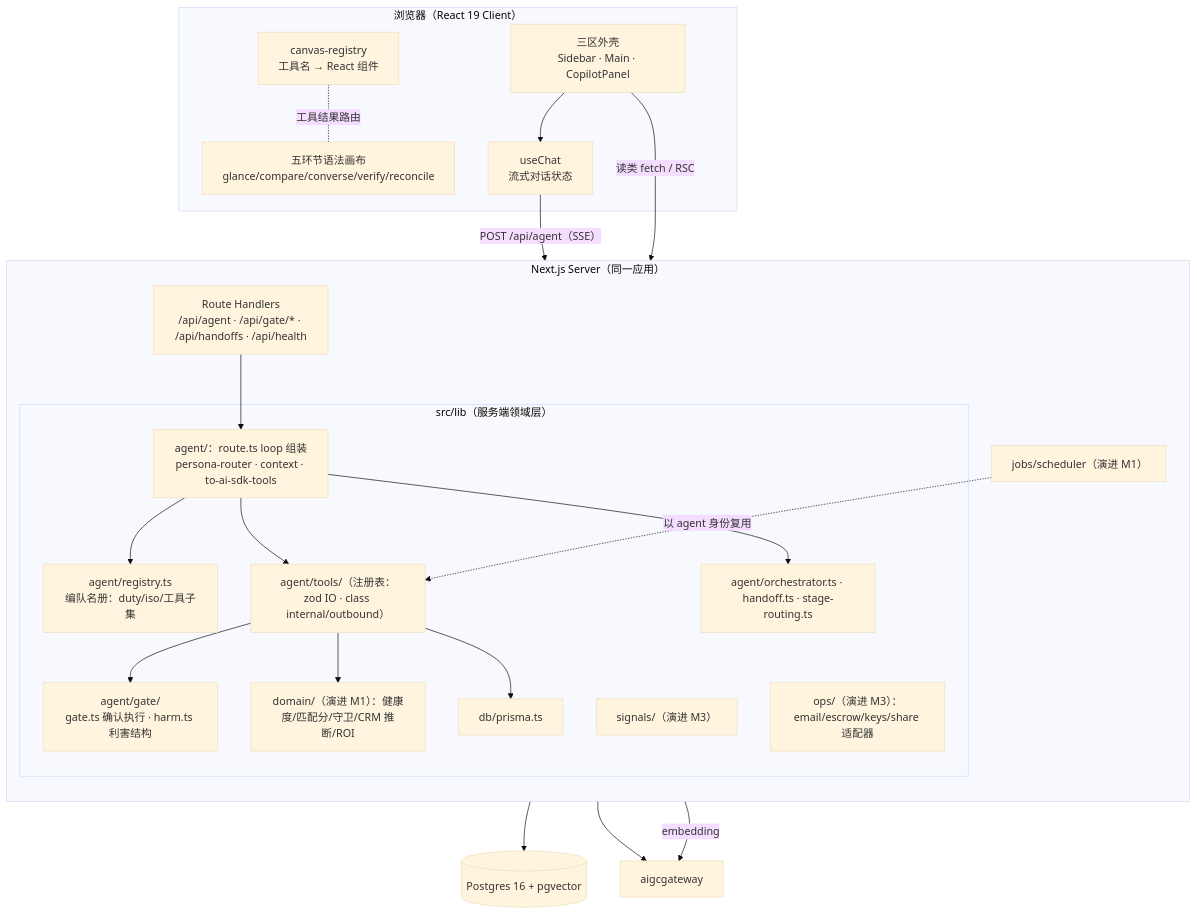
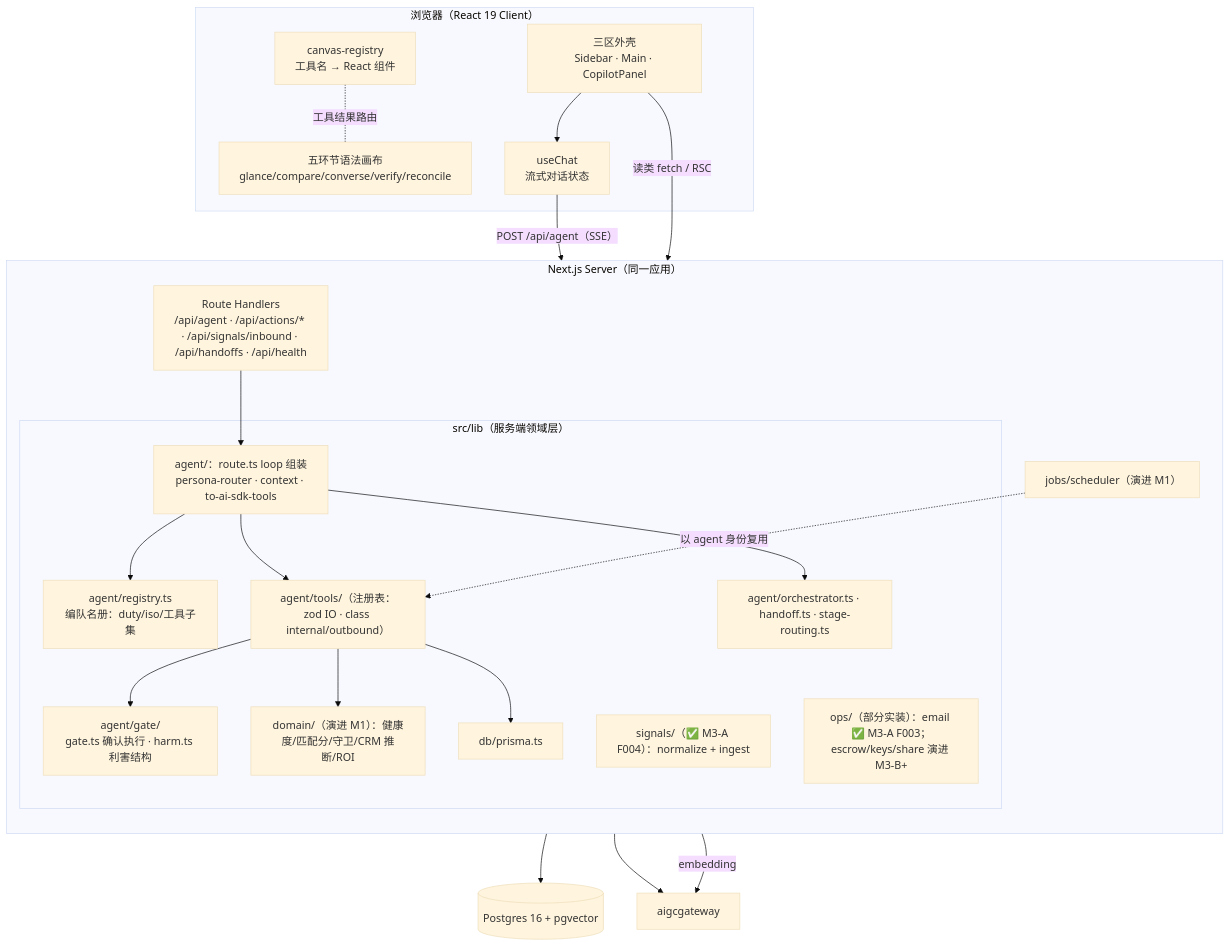
The third of 6 diagrams in docs/dev/architecture.md (tripplemay/newkolmatrix), drawn with Mermaid (base theme) before and after one commit. The commit also changed other lines of this file and 7 other files, not shown here.

````diff
--- a/docs/dev/architecture.md
+++ b/docs/dev/architecture.md
@@ -232,41 +232,41 @@
 ```mermaid
 flowchart TB
     subgraph 浏览器["浏览器（React 19 Client）"]
         SHELL[三区外壳<br/>Sidebar · Main · CopilotPanel]
         SURF[五环节语法画布<br/>glance/compare/converse/verify/reconcile]
         REG[canvas-registry<br/>工具名 → React 组件]
         CHAT[useChat<br/>流式对话状态]
     end
 
     subgraph SERVER["Next.js Server（同一应用）"]
         direction TB
-        RH["Route Handlers<br/>/api/agent · /api/gate/* · /api/handoffs · /api/health"]
+        RH["Route Handlers<br/>/api/agent · /api/actions/* · /api/signals/inbound · /api/handoffs · /api/health"]
         JOBS["jobs/scheduler（演进 M1）"]
         subgraph LIB["src/lib（服务端领域层）"]
             RUNTIME[agent/：route.ts loop 组装<br/>persona-router · context · to-ai-sdk-tools]
             AGENTS[agent/registry.ts<br/>编队名册：duty/iso/工具子集]
             TOOLREG["agent/tools/（注册表：zod IO · class internal/outbound）"]
             GATE[agent/gate/<br/>gate.ts 确认执行 · harm.ts 利害结构]
             ORCH[agent/orchestrator.ts · handoff.ts · stage-routing.ts]
             DOMAIN["domain/（演进 M1）：健康度/匹配分/守卫/CRM 推断/ROI"]
-            SIG["signals/（演进 M3）"]
+            SIG["signals/（✅ M3-A F004）：normalize + ingest"]
             DATA[db/prisma.ts]
-            OPS["ops/（演进 M3）：email/escrow/keys/share 适配器"]
+            OPS["ops/（部分实装）：email ✅ M3-A F003；escrow/keys/share 演进 M3-B+"]
         end
     end
 
     DB[(Postgres 16 + pgvector)]
     GW[aigcgateway]
 
     SHELL --> CHAT -->|POST /api/agent（SSE）| RH
     SHELL -->|读类 fetch / RSC| RH
     REG -. 工具结果路由 .- SURF
     RH --> RUNTIME --> AGENTS
     RUNTIME --> TOOLREG --> GATE
     TOOLREG --> DOMAIN
     TOOLREG --> DATA --> DB
     RUNTIME --> ORCH
     JOBS -.->|以 agent 身份复用| TOOLREG
     RUNTIME --> GW
     DATA -->|embedding| GW
 ```
````
